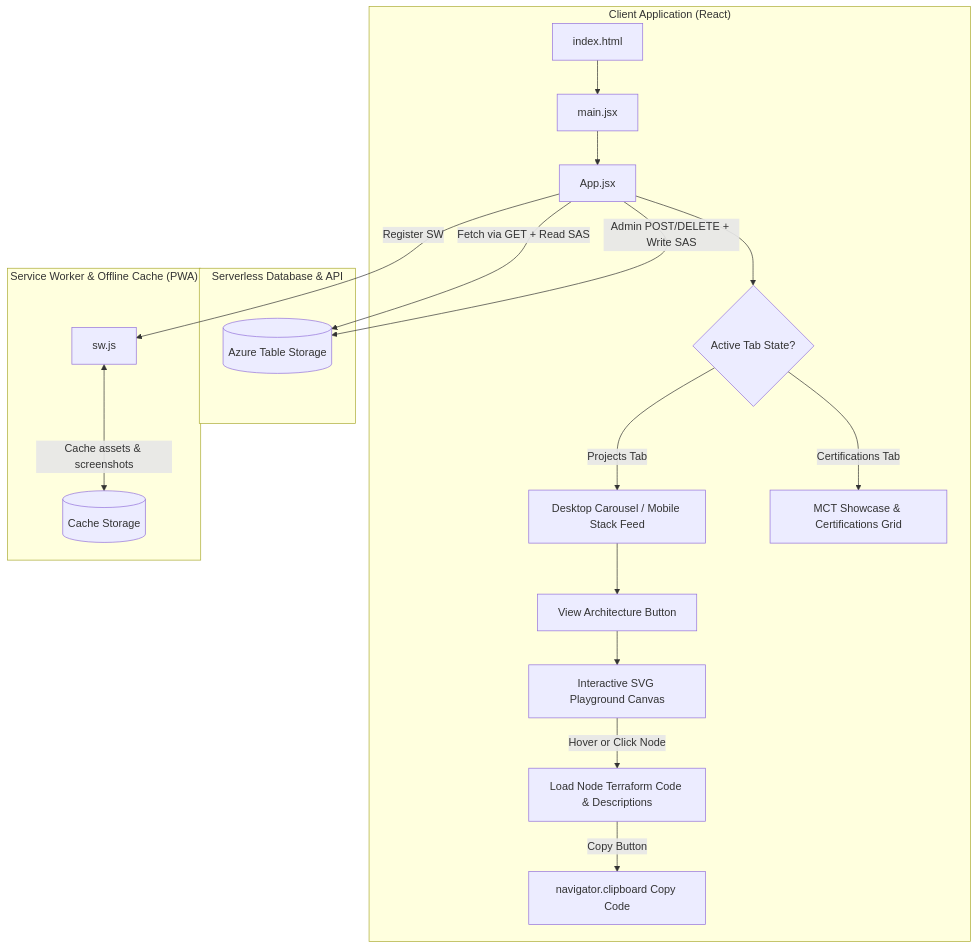
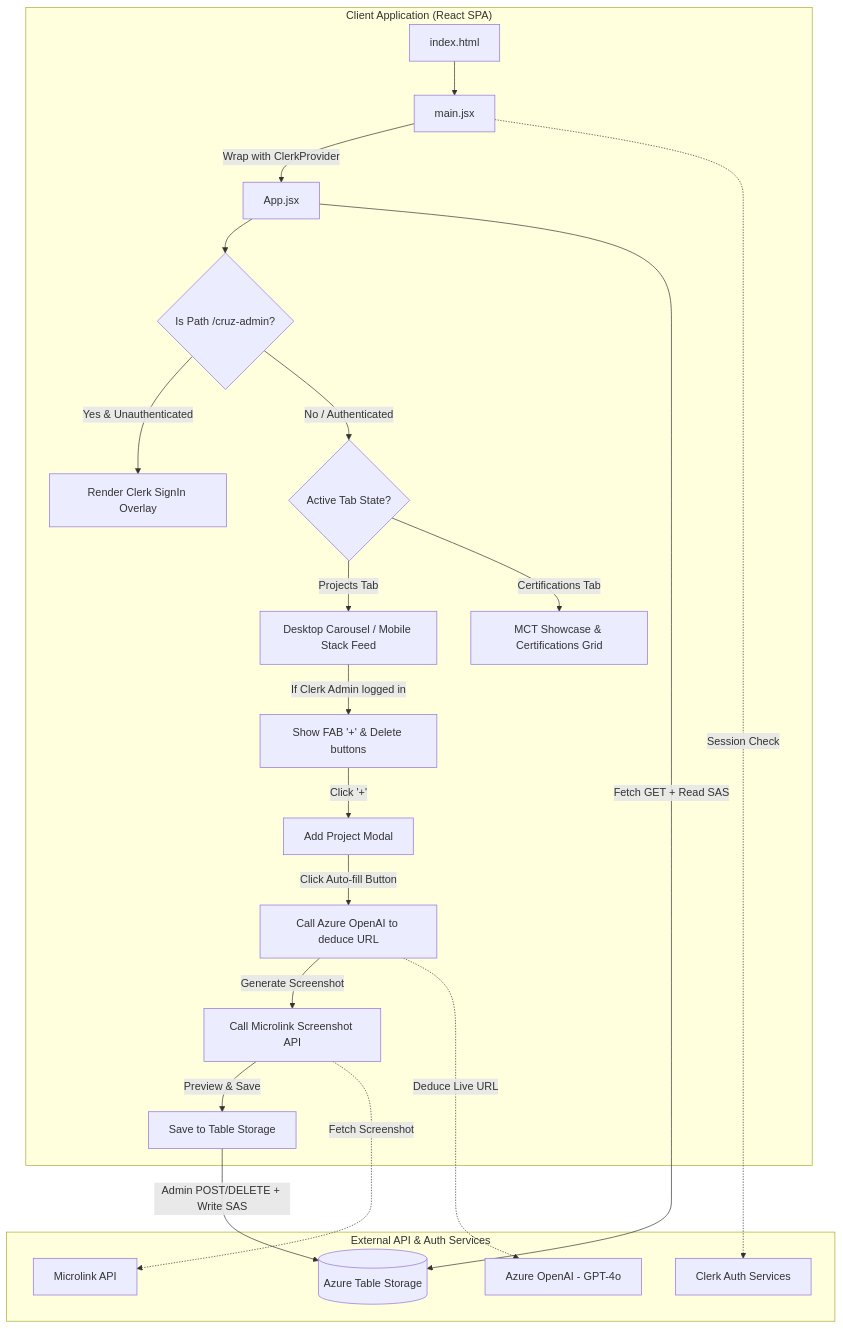
One commit to ajf013/cruzone changed the first of 2 diagrams in README.md. Above: the diagram before and after it, drawn with Mermaid. The commit also changed other lines of this file and 8 other files, not shown here.

Commit message:
feat: integrate Clerk authentication and Azure OpenAI live URL screenshot generator

````diff
--- a/README.md
+++ b/README.md
@@ -48,29 +51,36 @@
 ```mermaid
 graph TD
-    subgraph "Client Application (React)"
+    subgraph "Client Application (React SPA)"
         A[index.html] --> B[main.jsx]
-        B --> C[App.jsx]
+        B -->|Wrap with ClerkProvider| C[App.jsx]
+        
+        %% Path Checking
+        C --> D{Is Path /cruz-admin?}
+        D -- "Yes & Unauthenticated" --> E[Render Clerk SignIn Overlay]
+        D -- "No / Authenticated" --> F{Active Tab State?}
         
         %% Tab Switching
-        C --> D{Active Tab State?}
-        D -- "Projects Tab" --> E[Desktop Carousel / Mobile Stack Feed]
-        D -- "Certifications Tab" --> F[MCT Showcase & Certifications Grid]
+        F -- "Projects Tab" --> G[Desktop Carousel / Mobile Stack Feed]
+        F -- "Certifications Tab" --> H[MCT Showcase & Certifications Grid]
         
-        %% Architecture Modal
-        E --> G[View Architecture Button]
-        G --> H[Interactive SVG Playground Canvas]
-        H --> |Hover or Click Node| I[Load Node Terraform Code & Descriptions]
-        I --> |Copy Button| J[navigator.clipboard Copy Code]
+        %% Admin Flow
+        G -->|If Clerk Admin logged in| I[Show FAB '+' & Delete buttons]
+        I -->|Click '+'| J[Add Project Modal]
+        J -->|Click Auto-fill Button| K[Call Azure OpenAI to deduce URL]
+        K -->|Generate Screenshot| L[Call Microlink Screenshot API]
+        L -->|Preview & Save| M[Save to Table Storage]
     end
 
-    subgraph "Serverless Database & API"
-        K[(Azure Table Storage)]
-        C --> |Fetch via GET + Read SAS| K
-        C --> |Admin POST/DELETE + Write SAS| K
-    end
-
-    subgraph "Service Worker & Offline Cache (PWA)"
-        L[sw.js] <--> |"Cache assets & screenshots"| M[(Cache Storage)]
-        C --> |Register SW| L
+    subgraph "External API & Auth Services"
+        N[Clerk Auth Services]
+        O[(Azure Table Storage)]
+        P[Azure OpenAI - GPT-4o]
+        Q[Microlink API]
+        
+        B -.->|Session Check| N
+        C -->|Fetch GET + Read SAS| O
+        M -->|Admin POST/DELETE + Write SAS| O
+        K -.->|Deduce Live URL| P
+        L -.->|Fetch Screenshot| Q
     end
 ```
````
